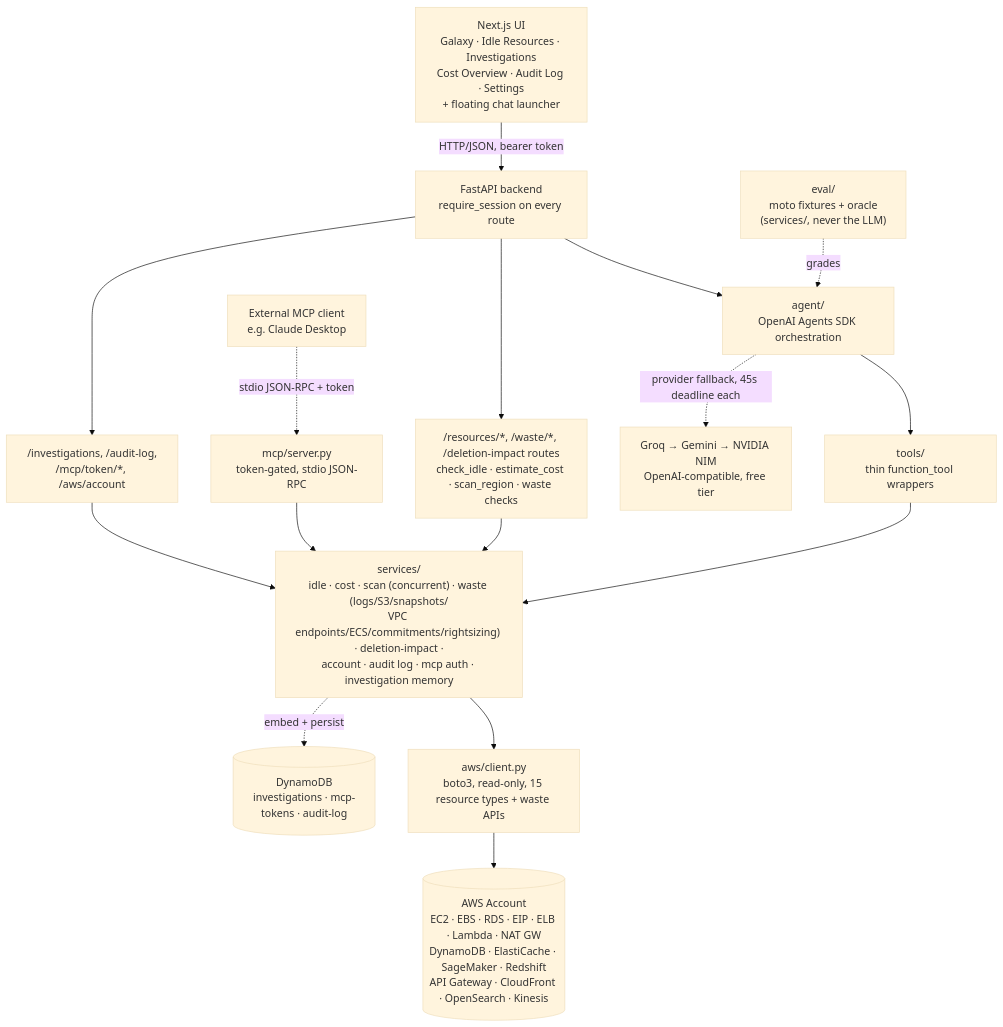
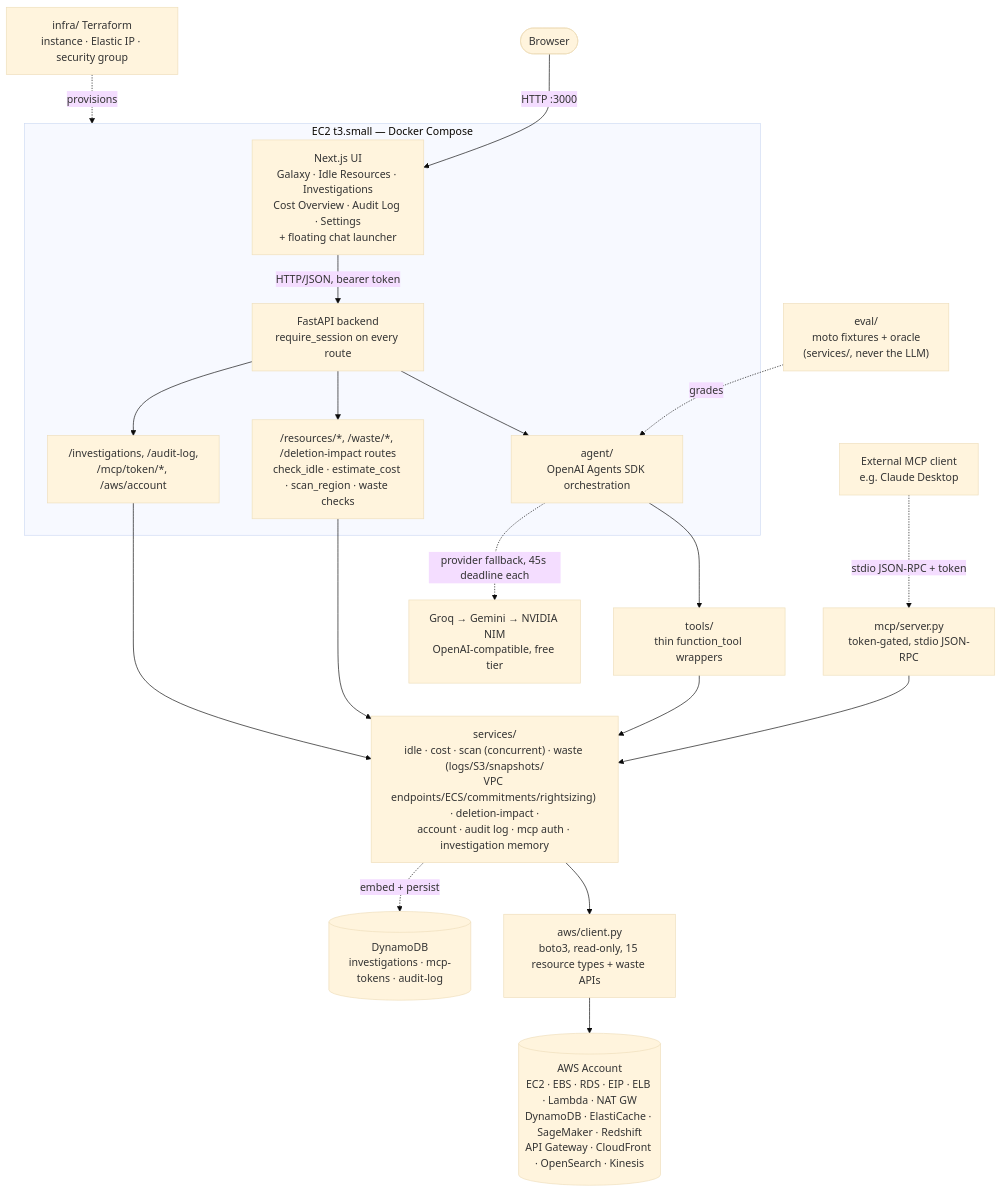
One commit to ahmad2474/opspilot-ai changed the diagram in README.md. Above: the diagram before and after it, drawn with Mermaid (base theme). The commit also changed other lines of this file and 1 other file, not shown here.

First line of the commit message:
Document the AWS EC2 deploy path in README and DEPLOY.md

````diff
--- a/README.md
+++ b/README.md
@@ -98,18 +98,22 @@
 ```mermaid
 flowchart TD
-    UI["Next.js UI<br/>Galaxy · Idle Resources · Investigations<br/>Cost Overview · Audit Log · Settings<br/>+ floating chat launcher"] -->|HTTP/JSON, bearer token| API["FastAPI backend<br/>require_session on every route"]
-    API --> Agent["agent/<br/>OpenAI Agents SDK orchestration"]
-    API --> Resources["/resources/*, /waste/*, /deletion-impact routes<br/>check_idle · estimate_cost · scan_region · waste checks"]
-    API --> Info["/investigations, /audit-log,<br/>/mcp/token/*, /aws/account"]
+    Browser(["Browser"]) -->|HTTP :3000| UI
+    subgraph EC2["EC2 t3.small — Docker Compose"]
+        UI["Next.js UI<br/>Galaxy · Idle Resources · Investigations<br/>Cost Overview · Audit Log · Settings<br/>+ floating chat launcher"] -->|HTTP/JSON, bearer token| API["FastAPI backend<br/>require_session on every route"]
+        API --> Agent["agent/<br/>OpenAI Agents SDK orchestration"]
+        API --> Resources["/resources/*, /waste/*, /deletion-impact routes<br/>check_idle · estimate_cost · scan_region · waste checks"]
+        API --> Info["/investigations, /audit-log,<br/>/mcp/token/*, /aws/account"]
+    end
+    TF["infra/ Terraform<br/>instance · Elastic IP · security group"] -.->|provisions| EC2
     Agent --> Tools["tools/<br/>thin function_tool wrappers"]
     Tools --> Services["services/<br/>idle · cost · scan (concurrent) · waste (logs/S3/snapshots/<br/>VPC endpoints/ECS/commitments/rightsizing) · deletion-impact ·<br/>account · audit log · mcp auth · investigation memory"]
     Resources --> Services
     Info --> Services
     MCP["mcp/server.py<br/>token-gated, stdio JSON-RPC"] --> Services
     ExternalMCP["External MCP client<br/>e.g. Claude Desktop"] -.->|stdio JSON-RPC + token| MCP
     Services --> AWSClient["aws/client.py<br/>boto3, read-only, 15 resource types + waste APIs"]
     AWSClient --> Cloud[("AWS Account<br/>EC2 · EBS · RDS · EIP · ELB · Lambda · NAT GW<br/>DynamoDB · ElastiCache · SageMaker · Redshift<br/>API Gateway · CloudFront · OpenSearch · Kinesis")]
     Services -.->|embed + persist| DynamoRAG[("DynamoDB<br/>investigations · mcp-tokens · audit-log")]
     Agent -.->|provider fallback, 45s deadline each| LLM["Groq → Gemini → NVIDIA NIM<br/>OpenAI-compatible, free tier"]
     Eval["eval/<br/>moto fixtures + oracle<br/>(services/, never the LLM)"] -.->|grades| Agent
 ```
````
